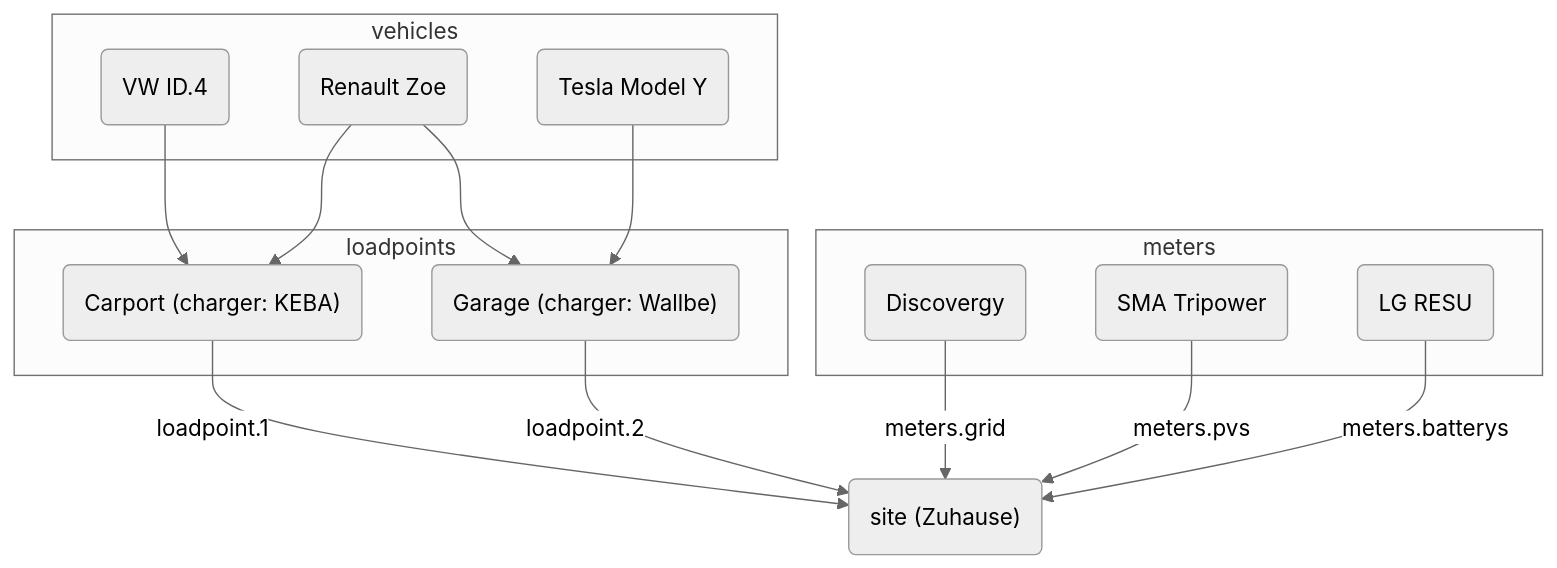
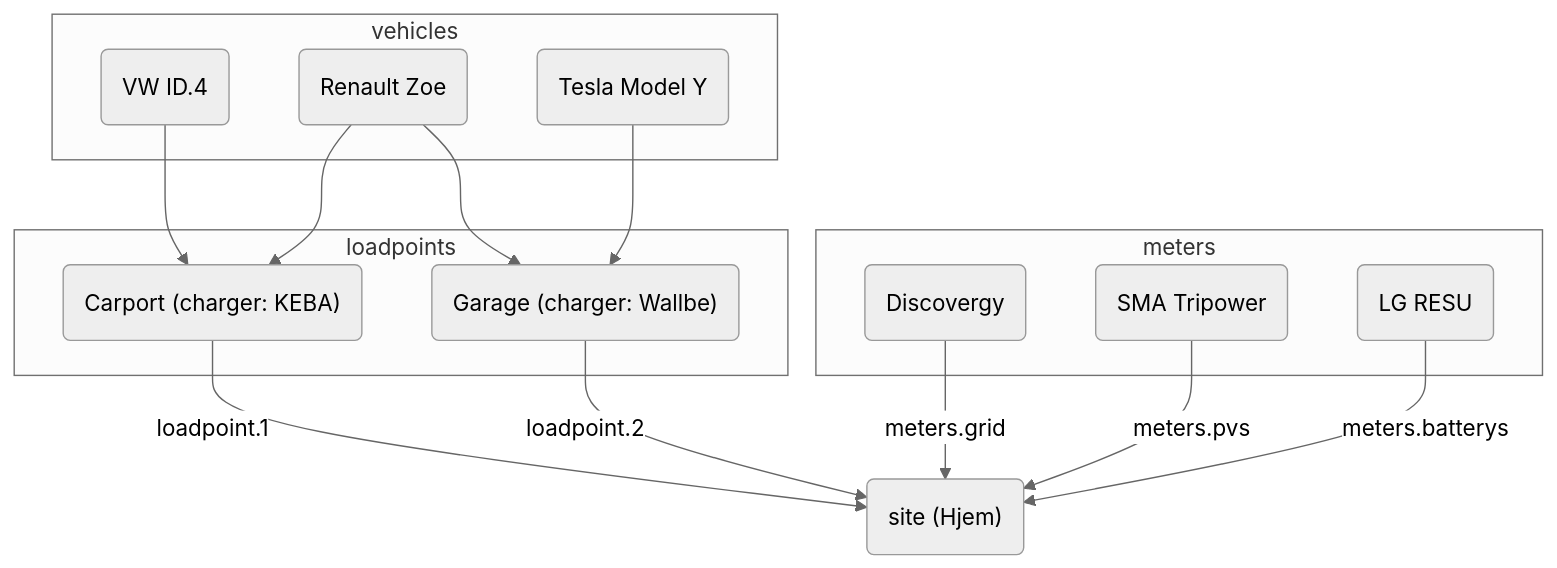
One commit to evcc-io/docs changed the diagram in src/content/docs/da/reference/configuration/index.md. Above: the diagram before and after it, drawn with Mermaid (neutral theme). The commit also changed other lines of this file and 293 other files, not shown here.

````diff
--- a/src/content/docs/da/reference/configuration/index.md
+++ b/src/content/docs/da/reference/configuration/index.md
@@ -47,30 +47,30 @@
 ```mermaid
 graph TD;
-    site("site (Zuhause)")
+    site("site (Hjem)")
     subgraph loadpoints
       loadpointA("Carport (charger: KEBA)")
       loadpointB("Garage (charger: Wallbe)")
     end
     subgraph meters
       meterGrid("Discovergy")
       meterPV("SMA Tripower")
       meterBattery("LG RESU")
     end
     subgraph vehicles
       vehicleA("VW ID.4")
       vehicleB("Renault Zoe")
       vehicleC("Tesla Model Y")
     end
 
     loadpointA -- loadpoint.1 --> site
     loadpointB -- loadpoint.2 --> site
 
     vehicleA --> loadpointA
     vehicleB --> loadpointA
     vehicleB --> loadpointB
     vehicleC --> loadpointB
 
     meterGrid -- meters.grid --> site
     meterPV -- meters.pvs --> site
     meterBattery -- meters.batterys --> site
 ```
````
